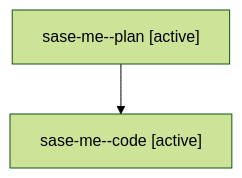
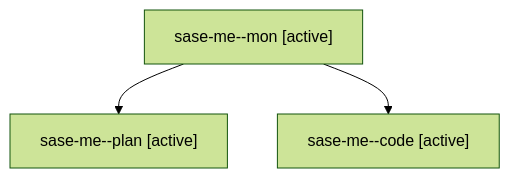
Before and after one commit to sase-org/sase--agents: the diagram in families/bbugyi200.athena.sase-me.md, drawn with Mermaid (forest theme). The commit also changed other lines of this file and 54 other files, not shown here.

````diff
--- a/families/bbugyi200.athena.sase-me.md
+++ b/families/bbugyi200.athena.sase-me.md
@@ -9,6 +9,8 @@
 ```mermaid
 flowchart TD
-  n0["sase-me--plan [active]"]
-  n1["sase-me--code [active]"]
+  n0["sase-me--mon [active]"]
+  n1["sase-me--plan [active]"]
   n0 --> n1
+  n2["sase-me--code [active]"]
+  n0 --> n2
 ```
````
